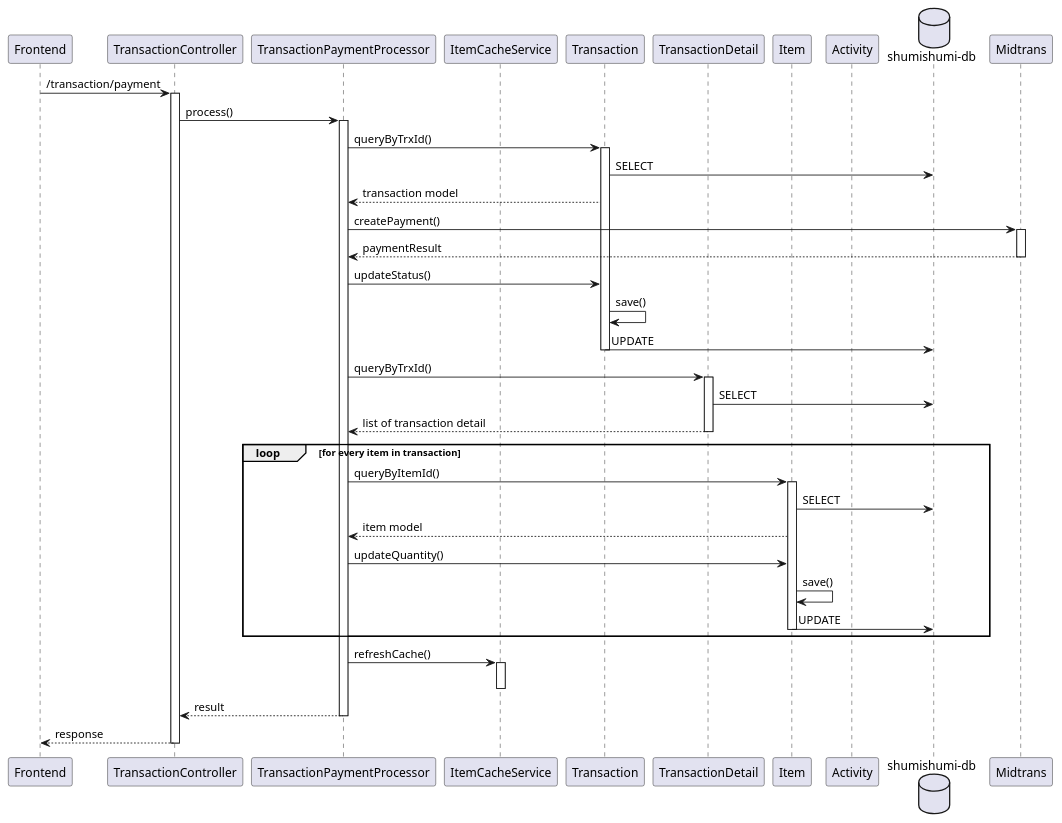
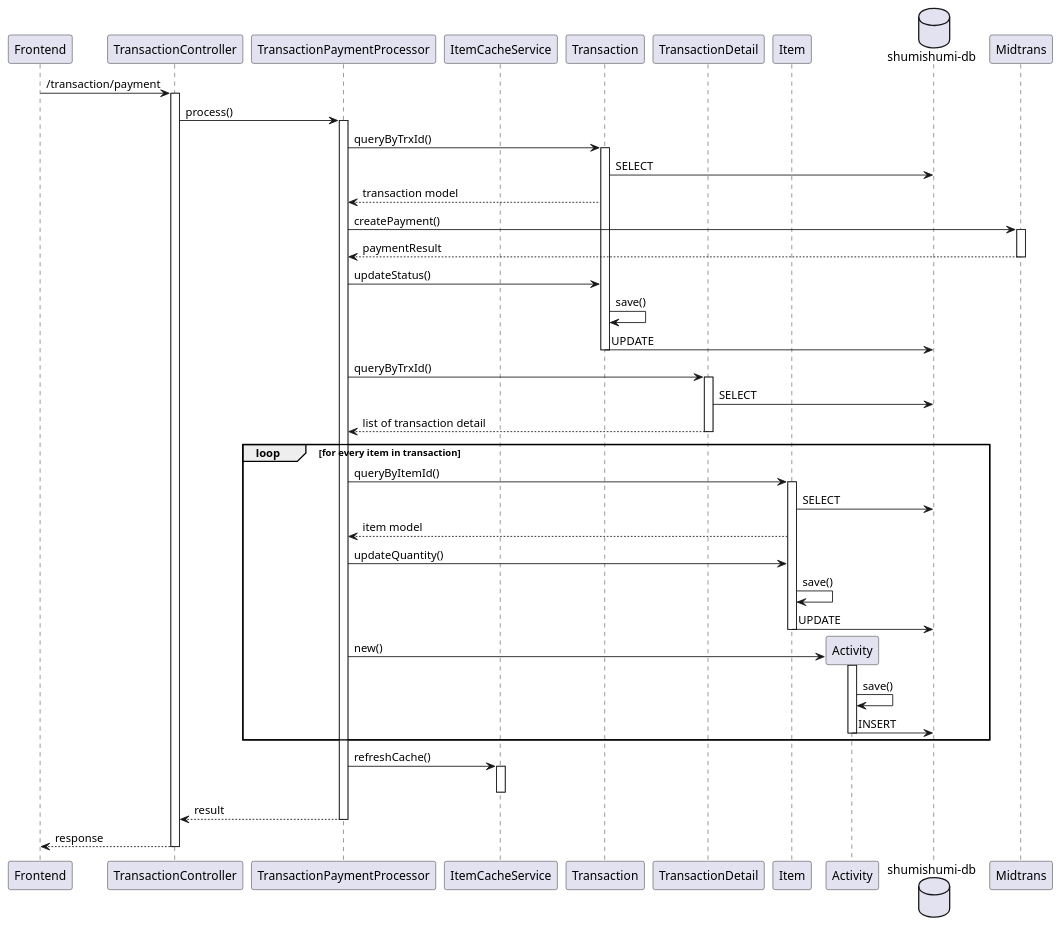
The diagram in uml diagram/sequence diagram/BE/transaction controller/payment.pu (aldihsuhandi/skripsi-2023), drawn with PlantUML before and after one commit.

Commit message:
fix transaction payment

```diff
--- a/uml diagram/sequence diagram/BE/transaction controller/payment.pu
+++ b/uml diagram/sequence diagram/BE/transaction controller/payment.pu
@@ -1,56 +1,62 @@
 @startuml payment
 participant "Frontend" as fe
 participant "TransactionController" as tc
 
 participant "TransactionPaymentProcessor" as proc
 
 participant "ItemCacheService" as icache
 
 participant "Transaction" as tm
 participant "TransactionDetail" as tdm
 
 participant "Item" as im
 participant "Activity" as am
 
 database "shumishumi-db" as db
 
 participant "Midtrans" as mt
 
 fe -> tc++ : /transaction/payment
 tc -> proc++ : process()
 
 proc -> tm++ : queryByTrxId()
 tm -> db : SELECT
 proc <-- tm : transaction model
 
 proc -> mt++ : createPayment()
 return paymentResult
 
 proc -> tm : updateStatus()
 tm -> tm : save()
 tm -> db : UPDATE
 deactivate tm
 
 proc -> tdm++ : queryByTrxId()
 tdm -> db : SELECT
 return list of transaction detail
 
 loop for every item in transaction
     proc -> im++ : queryByItemId()
     im -> db : SELECT
     proc <-- im : item model
 
     proc -> im : updateQuantity()
     im -> im : save()
     im -> db : UPDATE
     deactivate im
 
+    create am
+    proc -> am++ : new()
+    am -> am : save()
+    am -> db : INSERT
+    deactivate am
+
 end
 
 proc -> icache++ : refreshCache()
 deactivate icache
 
 return result
 return response
 
 @enduml
```
